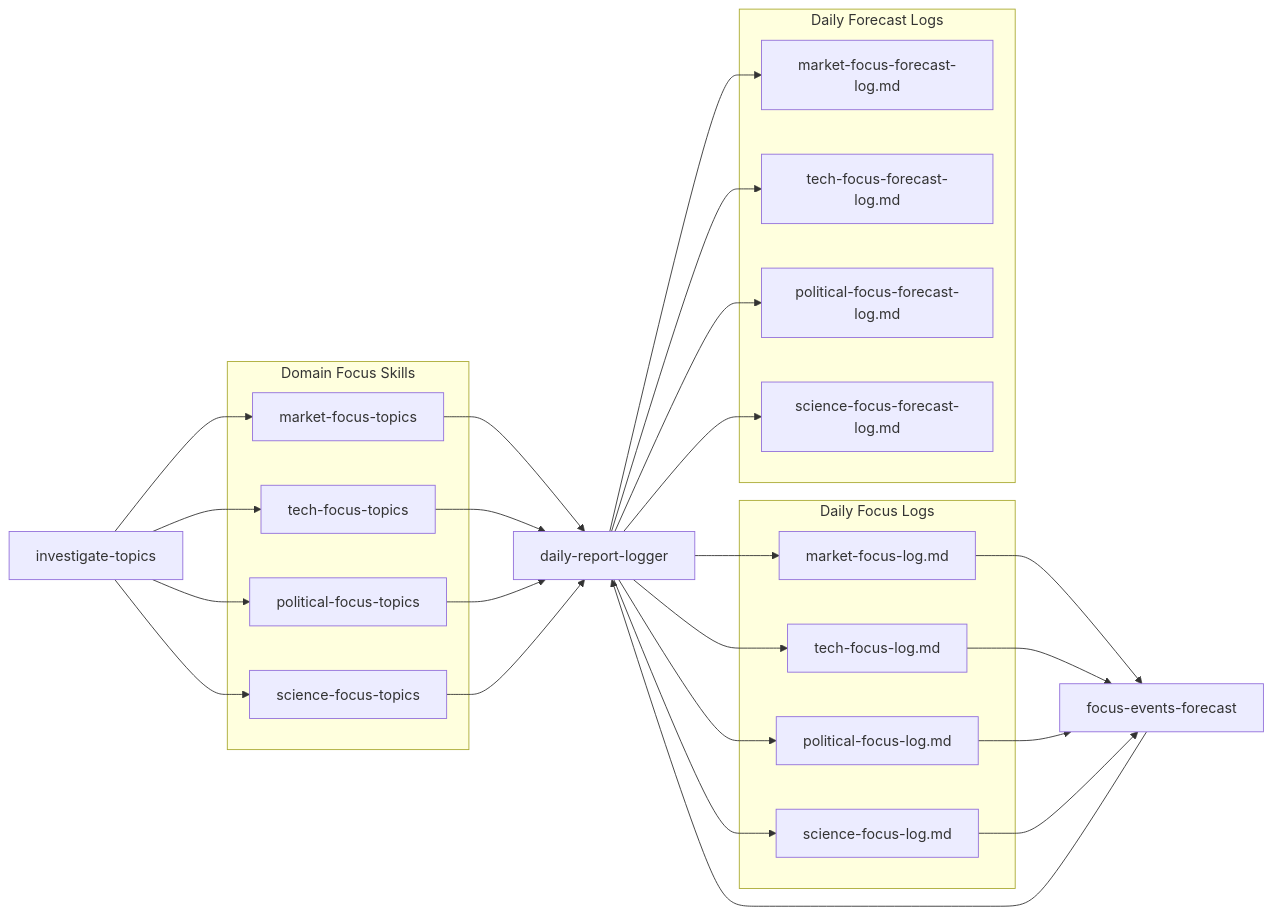
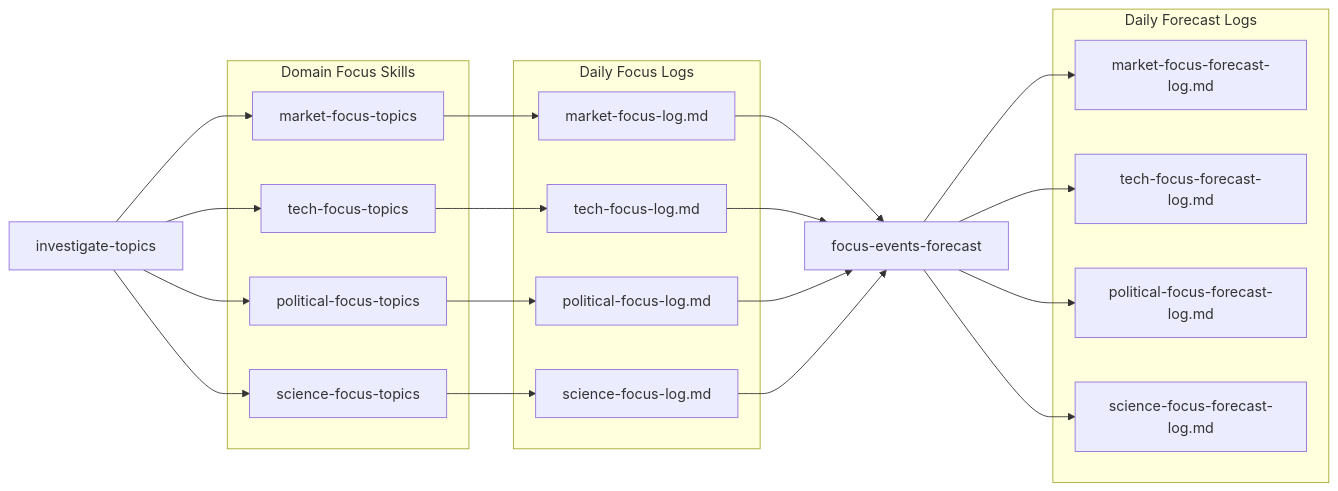
The diagram in README.md (jhpeng/finance), drawn with Mermaid before and after one commit. The commit also changed other lines of this file, not shown here.

Commit message:
Update skill correlation diagram in README.md to clarify connections between analysis and forecasting skills

````diff
--- a/README.md
+++ b/README.md
@@ -79,54 +79,46 @@
 ```mermaid
 flowchart LR
   subgraph DomainSkills["Domain Focus Skills"]
     M["market-focus-topics"]
     T["tech-focus-topics"]
     P["political-focus-topics"]
     S["science-focus-topics"]
   end
 
   I["investigate-topics"]
   F["focus-events-forecast"]
-  L["daily-report-logger"]
 
   subgraph FocusLogs["Daily Focus Logs"]
     ML["market-focus-log.md"]
     TL["tech-focus-log.md"]
     PL["political-focus-log.md"]
     SL["science-focus-log.md"]
   end
 
   subgraph ForecastLogs["Daily Forecast Logs"]
     MFL["market-focus-forecast-log.md"]
     TFL["tech-focus-forecast-log.md"]
     PFL["political-focus-forecast-log.md"]
     SFL["science-focus-forecast-log.md"]
   end
 
   I --> M
   I --> T
   I --> P
   I --> S
 
-  M --> L
-  T --> L
-  P --> L
-  S --> L
-
-  L --> ML
-  L --> TL
-  L --> PL
-  L --> SL
+  M --> ML
+  T --> TL
+  P --> PL
+  S --> SL
 
   ML --> F
   TL --> F
   PL --> F
   SL --> F
 
-  F --> L
-
-  L --> MFL
-  L --> TFL
-  L --> PFL
-  L --> SFL
+  F --> MFL
+  F --> TFL
+  F --> PFL
+  F --> SFL
 ```
````
